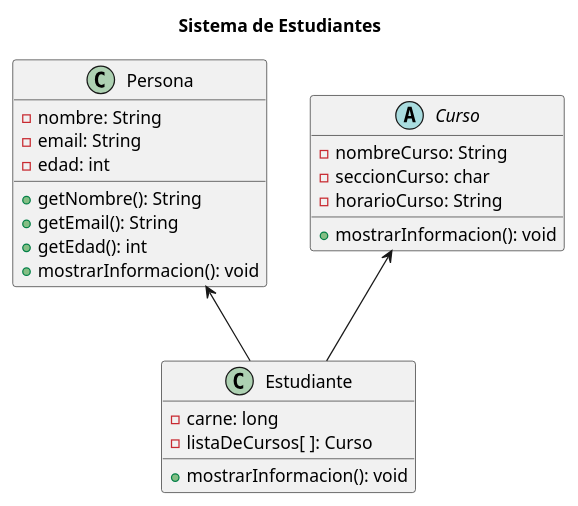
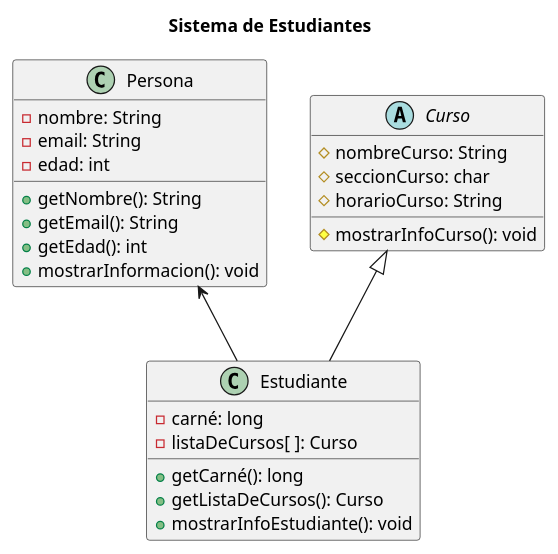
Before and after one commit to arm4rg/Laboratorio-IV: the diagram in src/ejercicio13/DiagramaDeClases.puml, drawn with PlantUML. The commit also changed other lines of this file and 1 other file, not shown here.

Commit message:
Ejercicio 13 Diagrama UML Clases

```diff
--- a/src/ejercicio13/DiagramaDeClases.puml
+++ b/src/ejercicio13/DiagramaDeClases.puml
@@ -1,29 +3,31 @@
 @startuml Diagrama de Clases 
 Title Sistema de Estudiantes
 
 class Persona{
   - nombre: String
   - email: String
   - edad: int
   +getNombre(): String
   +getEmail(): String
   +getEdad(): int
   +mostrarInformacion(): void 
 }
 
 abstract class Curso{
-  -nombreCurso: String
-  -seccionCurso: char 
-  -horarioCurso: String
-  +mostrarInformacion(): void 
+  #nombreCurso: String
+  #seccionCurso: char 
+  #horarioCurso: String
+  #mostrarInfoCurso(): void 
 }
 
 class Estudiante{
-  -carne: long 
+  -carné: long 
   -listaDeCursos[ ]: Curso 
-  +mostrarInformacion(): void 
+  +getCarné(): long
+  +getListaDeCursos(): Curso 
+  +mostrarInfoEstudiante(): void 
 }
 Persona <--Estudiante
-Curso <-- Estudiante
+Curso <|-- Estudiante
 
 @enduml
```
